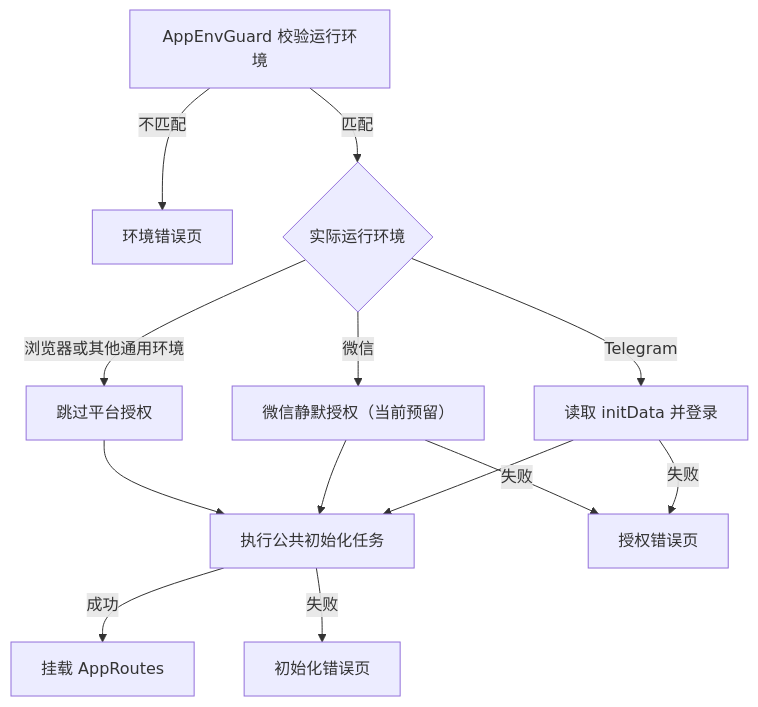
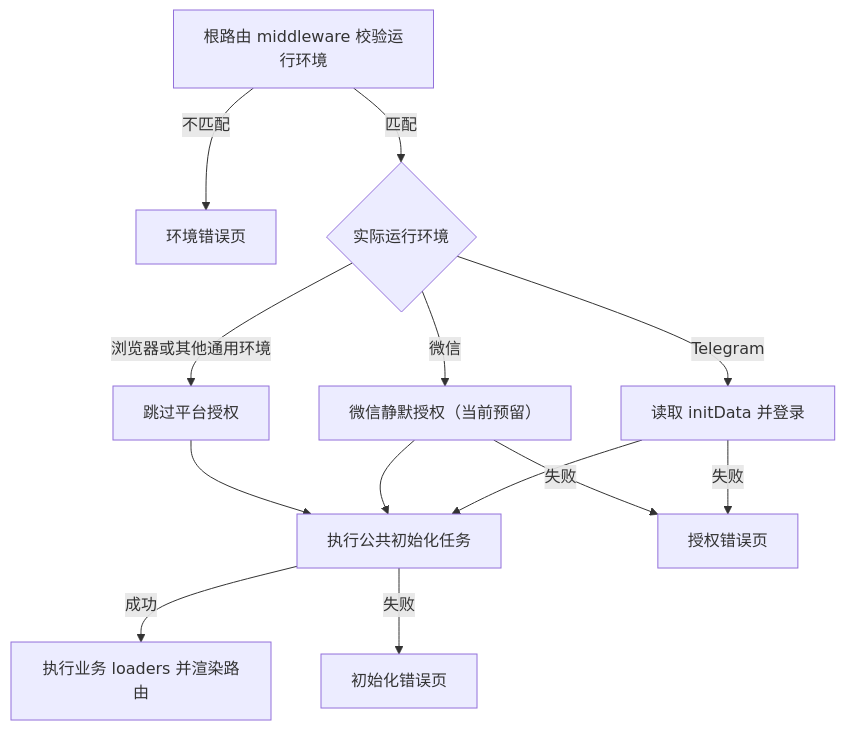
The diagram in README.md (lihongyao/vite-react-template), drawn with Mermaid before and after one commit. The commit also changed other lines of this file and 19 other files, not shown here.

````diff
--- a/README.md
+++ b/README.md
@@ -222,15 +222,15 @@
 ```mermaid
 flowchart TD
-  A["AppEnvGuard 校验运行环境"] -->|不匹配| B["环境错误页"]
+  A["根路由 middleware 校验运行环境"] -->|不匹配| B["环境错误页"]
   A -->|匹配| C{"实际运行环境"}
   C -->|Telegram| D["读取 initData 并登录"]
   C -->|微信| E["微信静默授权（当前预留）"]
   C -->|浏览器或其他通用环境| F["跳过平台授权"]
   D --> G["执行公共初始化任务"]
   E --> G
   F --> G
-  G -->|成功| H["挂载 AppRoutes"]
+  G -->|成功| H["执行业务 loaders 并渲染路由"]
   D -->|失败| I["授权错误页"]
   E -->|失败| I
   G -->|失败| J["初始化错误页"]
 ```
````
